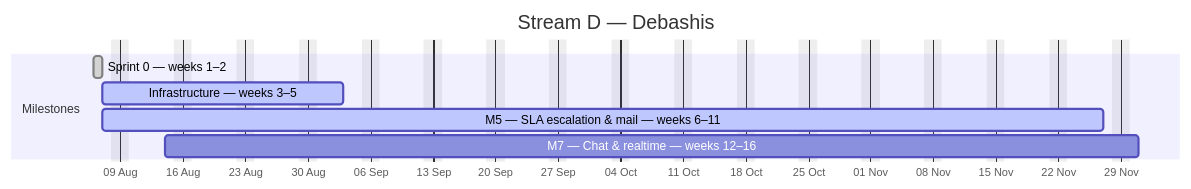
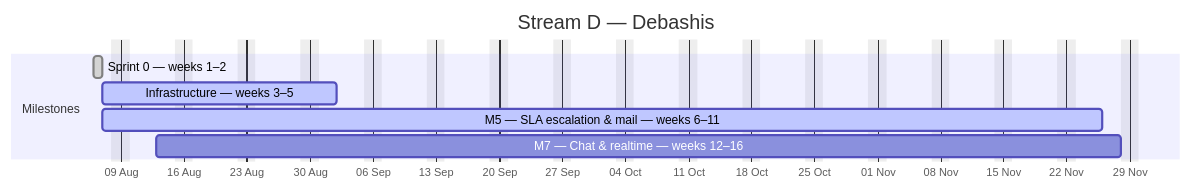
One commit to debashisedunext/EduTrack changed the fourth of 4 diagrams in docs/plan/GANTT.md. Above: the diagram before and after it, drawn with Mermaid. The commit also changed other lines of this file and 3 other files, not shown here.

````diff
--- a/docs/plan/GANTT.md
+++ b/docs/plan/GANTT.md
@@ -171,12 +162,12 @@
 ```mermaid
 gantt
     dateFormat YYYY-MM-DD
     axisFormat %d %b
     title Stream D — Debashis
     excludes weekends
     section Milestones
     Sprint 0 — weeks 1–2 :done, d0, 2026-08-06, 1d
-    Infrastructure — weeks 3–5 :active, d1, 2026-08-07, 19d
-    M5 — SLA  escalation & mail — weeks 6–11 :active, d2, 2026-08-07, 80d
-    M7 — Chat & realtime — weeks 12–16 :d3, 2026-08-14, 77d
+    Infrastructure — weeks 3–5 :active, d1, 2026-08-07, 18d
+    M5 — SLA  escalation & mail — weeks 6–11 :active, d2, 2026-08-07, 79d
+    M7 — Chat & realtime — weeks 12–16 :d3, 2026-08-13, 77d
 ```
````
